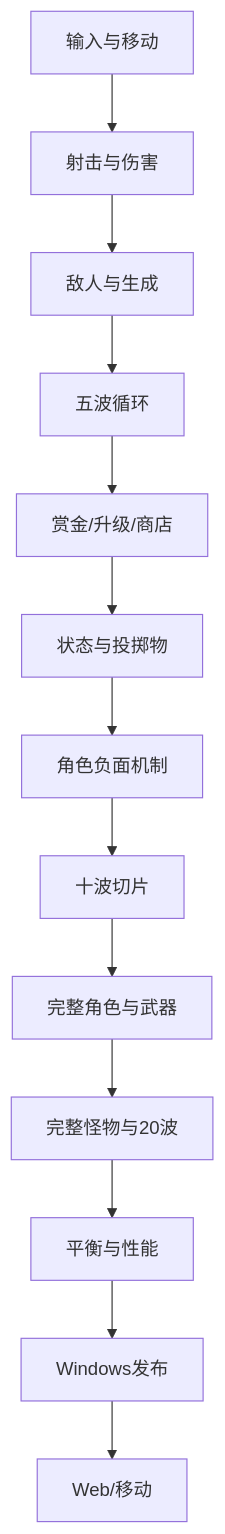
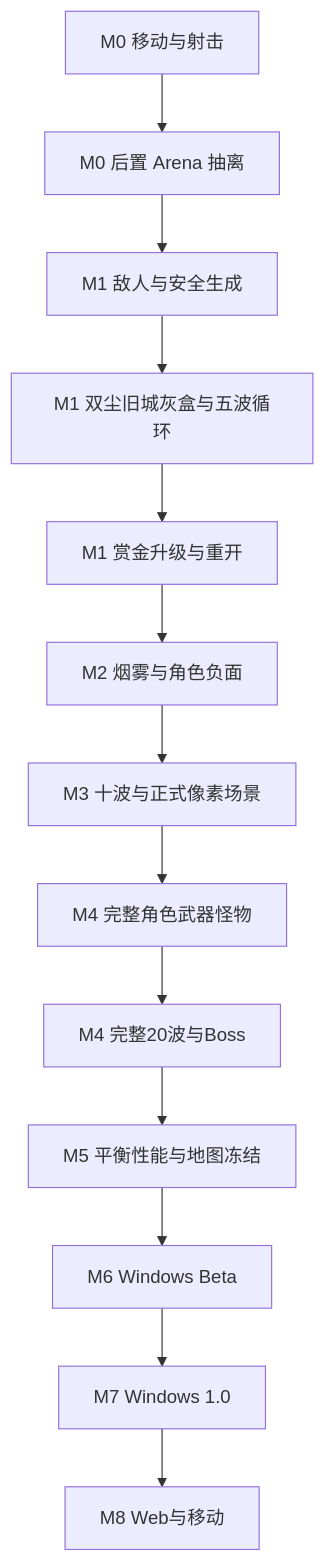
One commit to CarlHavingFun/GOGO changed the diagram in docs/design/11_开发里程碑.md. Above: the diagram before and after it, drawn with Mermaid. The commit also changed other lines of this file, not shown here.

Commit message:
docs: align milestones with arena delivery

````diff
--- a/docs/design/11_开发里程碑.md
+++ b/docs/design/11_开发里程碑.md
@@ -552,15 +297,15 @@
 ```mermaid
 flowchart TD
-    A[输入与移动] --> B[射击与伤害]
-    B --> C[敌人与生成]
-    C --> D[五波循环]
-    D --> E[赏金/升级/商店]
-    E --> F[状态与投掷物]
-    F --> G[角色负面机制]
-    G --> H[十波切片]
-    H --> I[完整角色与武器]
-    I --> J[完整怪物与20波]
-    J --> K[平衡与性能]
-    K --> L[Windows发布]
-    L --> M[Web/移动]
+    A[M0 移动与射击] --> B[M0 后置 Arena 抽离]
+    B --> C[M1 敌人与安全生成]
+    C --> D[M1 双尘旧城灰盒与五波循环]
+    D --> E[M1 赏金升级与重开]
+    E --> F[M2 烟雾与角色负面]
+    F --> G[M3 十波与正式像素场景]
+    G --> H[M4 完整角色武器怪物]
+    H --> I[M4 完整20波与Boss]
+    I --> J[M5 平衡性能与地图冻结]
+    J --> K[M6 Windows Beta]
+    K --> L[M7 Windows 1.0]
+    L --> M[M8 Web与移动]
 ```
````
